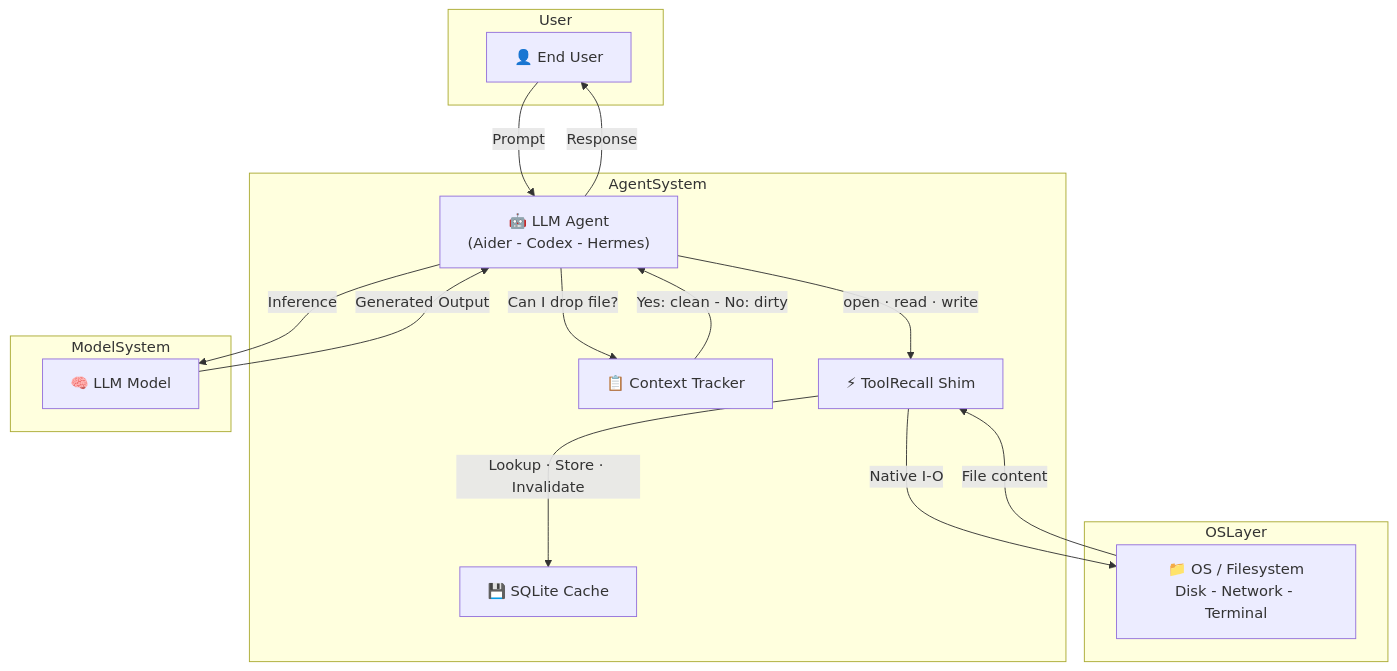
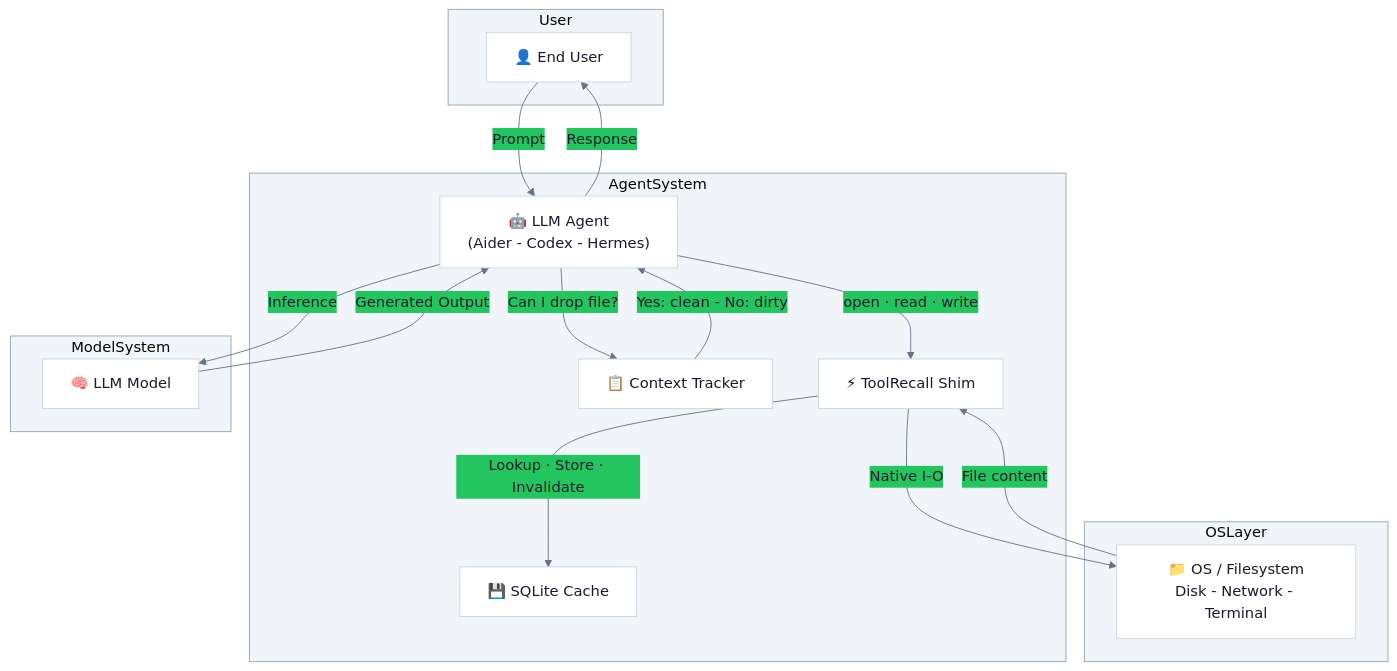
One commit to whiskybeer/toolrecall changed the first of 2 diagrams in docs/ARCHITECTURE_DIAGRAM.md. Above: the diagram before and after it, drawn with Mermaid. The commit also changed other lines of this file, not shown here.

Commit message:
docs: add mermaid theme init for bright/dark mode compatibility

````diff
--- a/docs/ARCHITECTURE_DIAGRAM.md
+++ b/docs/ARCHITECTURE_DIAGRAM.md
@@ -22,29 +22,42 @@
 ```mermaid
+%%{init: {'theme':'base', 'themeVariables': {
+  'primaryColor': '#f59e0b',
+  'primaryTextColor': '#1a1a2e',
+  'primaryBorderColor': '#d97706',
+  'lineColor': '#64748b',
+  'secondaryColor': '#22c55e',
+  'tertiaryColor': '#f8fafc',
+  'background': '#ffffff',
+  'mainBkg': '#ffffff',
+  'nodeBorder': '#cbd5e1',
+  'clusterBkg': '#f1f5f9',
+  'clusterBorder': '#94a3b8'
+}}}%%
 flowchart TB
     subgraph User
         U["👤 End User"]
     end
     subgraph AgentSystem
         A["🤖 LLM Agent<br/>(Aider - Codex - Hermes)"]
         CT["📋 Context Tracker"]
         S["⚡ ToolRecall Shim"]
         SQ["💾 SQLite Cache"]
     end
     subgraph ModelSystem
         M["🧠 LLM Model"]
     end
     subgraph OSLayer
         O["📁 OS / Filesystem<br/>Disk - Network - Terminal"]
     end
 
     U -->|Prompt| A
     A -->|Response| U
     A -->|Inference| M
     M -->|Generated Output| A
     A -->|Can I drop file?| CT
     CT -->|Yes: clean - No: dirty| A
     A -->|open · read · write| S
     S -->|Lookup · Store · Invalidate| SQ
     S -->|Native I-O| O
     O -->|File content| S
 ```
````
